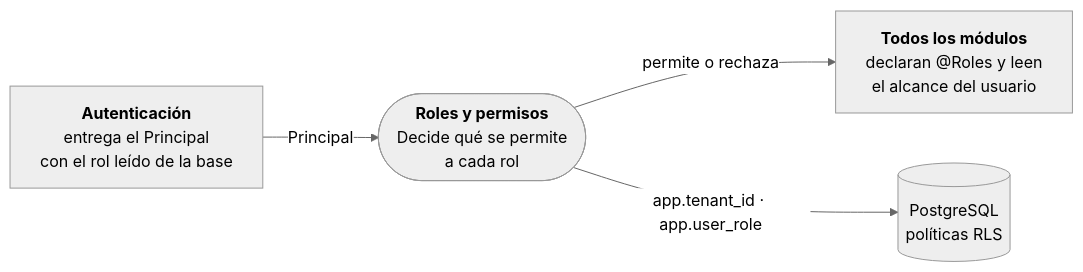
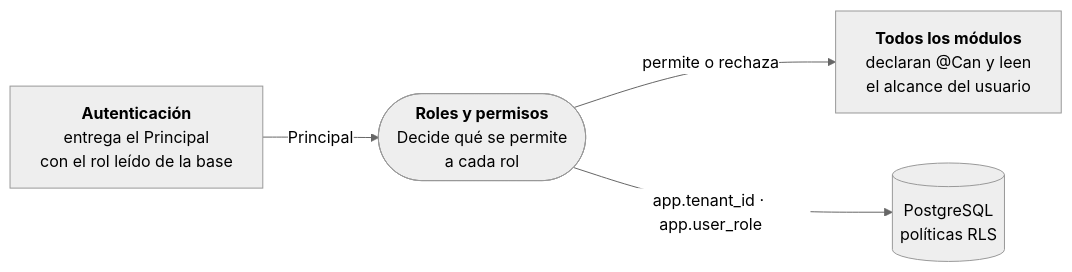
The first of 2 diagrams in skills/product/monkey-compliance-council/references/arquitectura/roles-permisos/01-c4.md (Monkey-GRC/Monkey-Brain-IA), drawn with Mermaid (neutral theme) before and after one commit. The commit also changed other lines of this file and 82 other files, not shown here.

````diff
--- a/skills/product/monkey-compliance-council/references/arquitectura/roles-permisos/01-c4.md
+++ b/skills/product/monkey-compliance-council/references/arquitectura/roles-permisos/01-c4.md
@@ -7,10 +7,10 @@
 ```mermaid
 flowchart LR
     aut["<b>Autenticación</b><br/>entrega el Principal<br/>con el rol leído de la base"]
     sis(["<b>Roles y permisos</b><br/>Decide qué se permite<br/>a cada rol"])
-    mod["<b>Todos los módulos</b><br/>declaran @Roles y leen<br/>el alcance del usuario"]
+    mod["<b>Todos los módulos</b><br/>declaran @Can y leen<br/>el alcance del usuario"]
     db[("PostgreSQL<br/>políticas RLS")]
     aut -- "Principal" --> sis
     sis -- "permite o rechaza" --> mod
     sis -- "app.tenant_id · app.user_role" --> db
 ```
````
